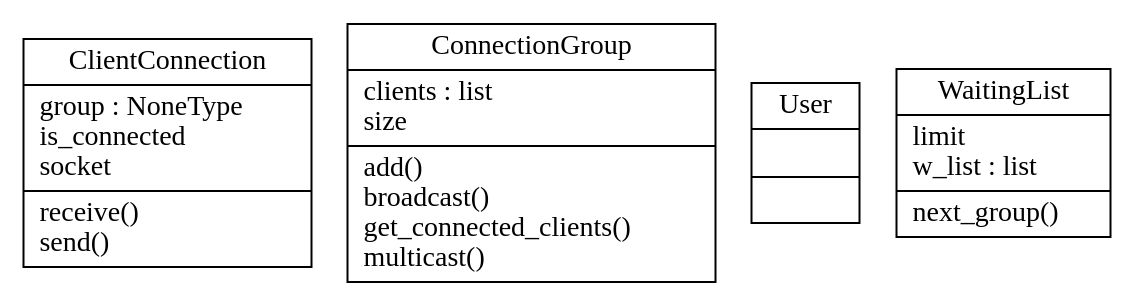
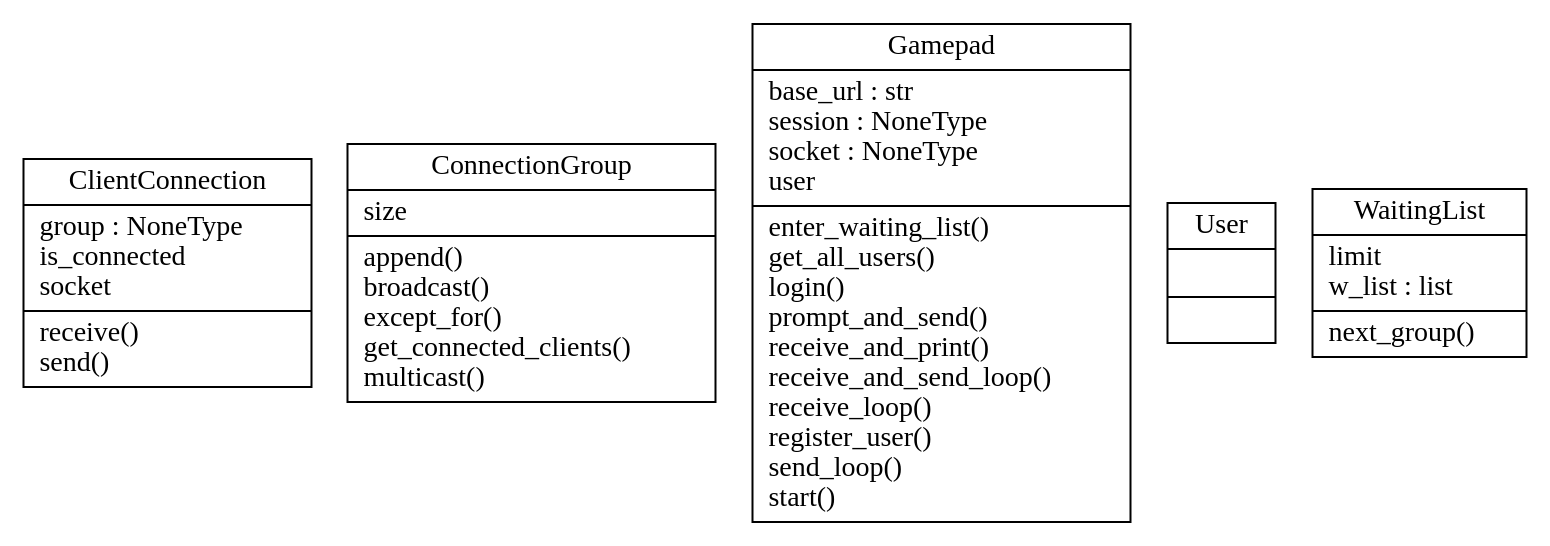
Before and after one commit to pitzer42/micro-tcg: the diagram in diagrams/engine/classes.dot, drawn with Graphviz. The commit also changed 7 other files, not shown here.

Commit message:
simplified diagram. gamepad->client

```diff
--- a/diagrams/engine/classes.dot
+++ b/diagrams/engine/classes.dot
@@ -1,8 +1,9 @@
 digraph "classes" {
 charset="utf-8"
 rankdir=BT
 "0" [label="{ClientConnection|group : NoneType\lis_connected\lsocket\l|receive()\lsend()\l}", shape="record"];
-"1" [label="{ConnectionGroup|clients : list\lsize\l|add()\lbroadcast()\lget_connected_clients()\lmulticast()\l}", shape="record"];
-"2" [label="{User|\l|}", shape="record"];
-"3" [label="{WaitingList|limit\lw_list : list\l|next_group()\l}", shape="record"];
+"1" [label="{ConnectionGroup|size\l|append()\lbroadcast()\lexcept_for()\lget_connected_clients()\lmulticast()\l}", shape="record"];
+"2" [label="{Gamepad|base_url : str\lsession : NoneType\lsocket : NoneType\luser\l|enter_waiting_list()\lget_all_users()\llogin()\lprompt_and_send()\lreceive_and_print()\lreceive_and_send_loop()\lreceive_loop()\lregister_user()\lsend_loop()\lstart()\l}", shape="record"];
+"3" [label="{User|\l|}", shape="record"];
+"4" [label="{WaitingList|limit\lw_list : list\l|next_group()\l}", shape="record"];
 }
```
